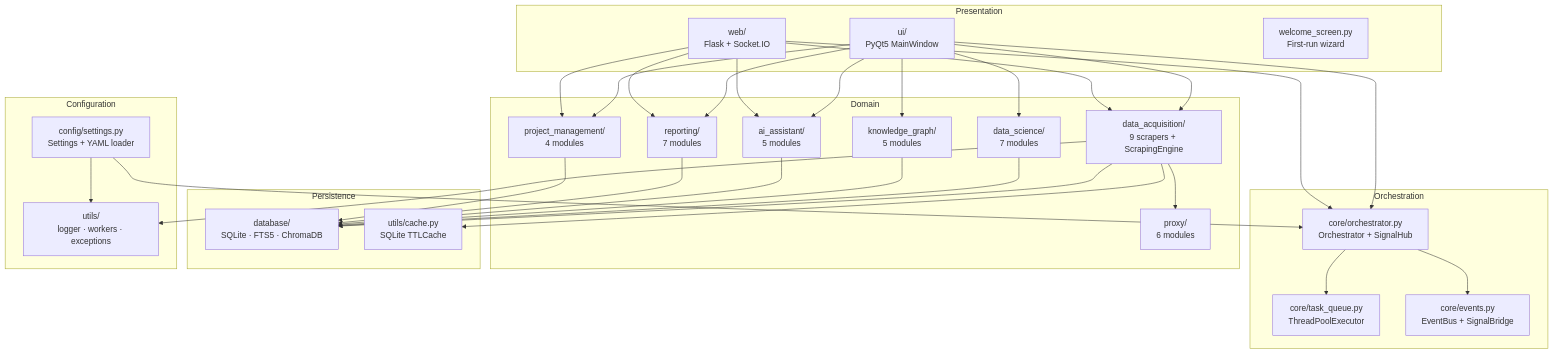
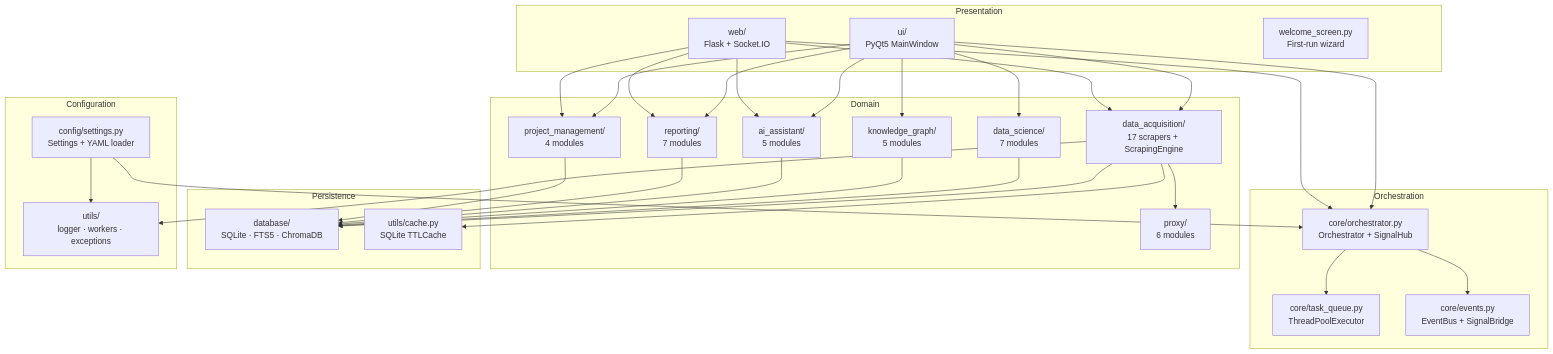
One commit to thelonecoders/Sophidan changed the first of 8 diagrams in docs/architecture.md. Above: the diagram before and after it, drawn with Mermaid. The commit also changed 48 other files, not shown here.

````diff
--- a/docs/architecture.md
+++ b/docs/architecture.md
@@ -47,60 +47,60 @@
 ```mermaid
 graph TD
     subgraph "Presentation"
         UI["ui/<br/>PyQt5 MainWindow"]
         WEB["web/<br/>Flask + Socket.IO"]
         WELCOME["welcome_screen.py<br/>First-run wizard"]
     end
 
     subgraph "Orchestration"
         ORCH["core/orchestrator.py<br/>Orchestrator + SignalHub"]
         TQ["core/task_queue.py<br/>ThreadPoolExecutor"]
         EB["core/events.py<br/>EventBus + SignalBridge"]
     end
 
     subgraph "Domain"
-        DAQ["data_acquisition/<br/>9 scrapers + ScrapingEngine"]
+        DAQ["data_acquisition/<br/>17 scrapers + ScrapingEngine"]
         PROXY["proxy/<br/>6 modules"]
         DS["data_science/<br/>7 modules"]
         KG["knowledge_graph/<br/>5 modules"]
         AI["ai_assistant/<br/>5 modules"]
         REP["reporting/<br/>7 modules"]
         PM["project_management/<br/>4 modules"]
     end
 
     subgraph "Persistence"
         DB["database/<br/>SQLite · FTS5 · ChromaDB"]
         CACHE["utils/cache.py<br/>SQLite TTLCache"]
     end
 
     subgraph "Configuration"
         CFG["config/settings.py<br/>Settings + YAML loader"]
         UTIL["utils/<br/>logger · workers · exceptions"]
     end
 
     UI --> ORCH
     UI --> DAQ
     UI --> DS
     UI --> KG
     UI --> AI
     UI --> REP
     UI --> PM
     WEB --> ORCH
     WEB --> DAQ
     WEB --> AI
     WEB --> REP
     WEB --> PM
     ORCH --> TQ
     ORCH --> EB
     DAQ --> PROXY
     DAQ --> DB
     DAQ --> CACHE
     DS --> DB
     KG --> DB
     AI --> DB
     REP --> DB
     PM --> DB
     CFG --> UTIL
     CFG --> ORCH
     DAQ --> UTIL
 ```
````
